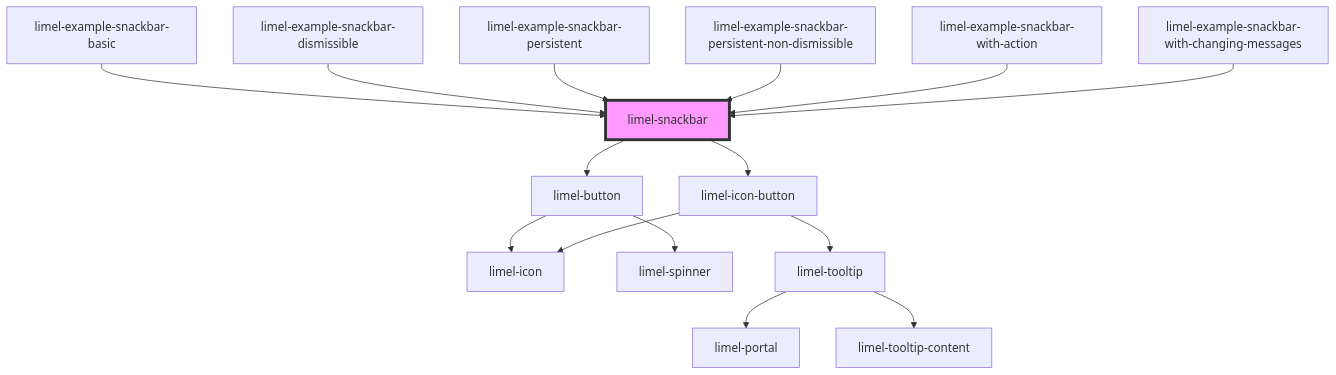
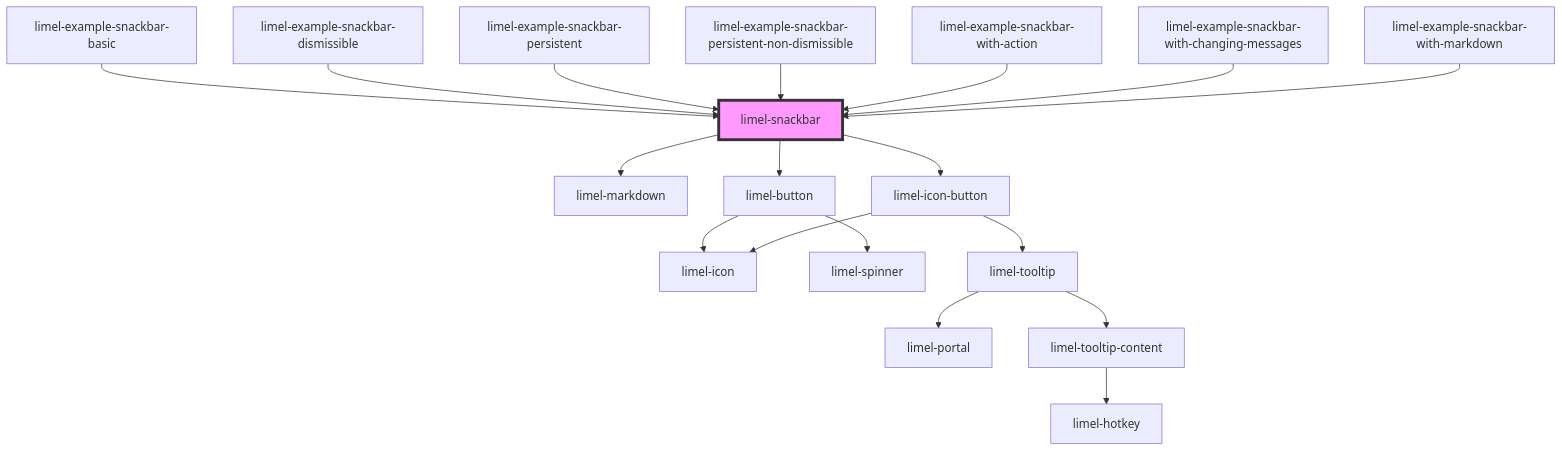
Before and after one commit to Lundalogik/lime-elements: the diagram in versions/PR-3983/markdown-docs/components/snackbar/readme.md, drawn with Mermaid. The commit also changed other lines of this file and 600 other files, not shown here.

````diff
--- a/versions/PR-3983/markdown-docs/components/snackbar/readme.md
+++ b/versions/PR-3983/markdown-docs/components/snackbar/readme.md
@@ -79,18 +81,21 @@
 ```mermaid
 graph TD;
+  limel-snackbar --> limel-markdown
   limel-snackbar --> limel-button
   limel-snackbar --> limel-icon-button
   limel-button --> limel-icon
   limel-button --> limel-spinner
   limel-icon-button --> limel-icon
   limel-icon-button --> limel-tooltip
   limel-tooltip --> limel-portal
   limel-tooltip --> limel-tooltip-content
+  limel-tooltip-content --> limel-hotkey
   limel-example-snackbar-basic --> limel-snackbar
   limel-example-snackbar-dismissible --> limel-snackbar
   limel-example-snackbar-persistent --> limel-snackbar
   limel-example-snackbar-persistent-non-dismissible --> limel-snackbar
   limel-example-snackbar-with-action --> limel-snackbar
   limel-example-snackbar-with-changing-messages --> limel-snackbar
+  limel-example-snackbar-with-markdown --> limel-snackbar
   style limel-snackbar fill:#f9f,stroke:#333,stroke-width:4px
 ```
````
